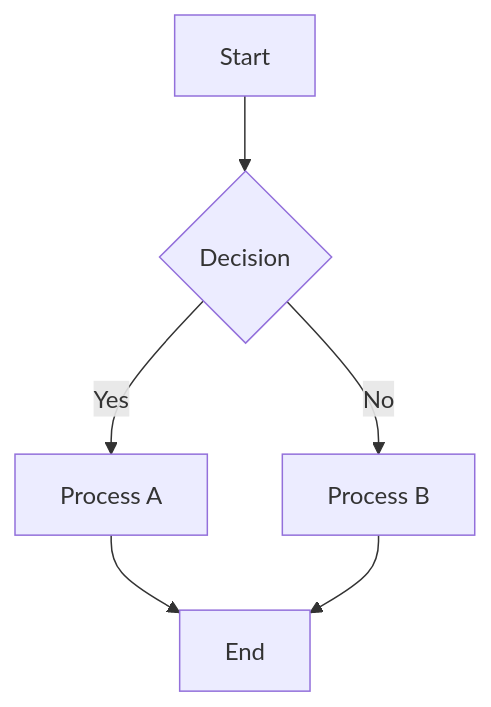
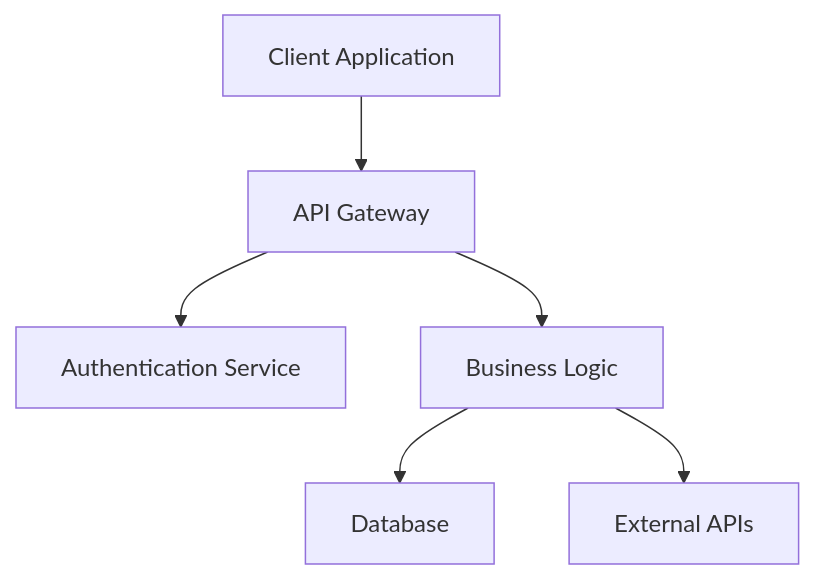
One commit to vishalm/readme2readall changed the first of 2 diagrams in README.md. Above: the diagram before and after it, drawn with Mermaid. The commit also changed other lines of this file, not shown here.

````diff
--- a/README.md
+++ b/README.md
@@ -96,8 +124,8 @@
 ```mermaid
-graph TD
-    A[Start] --> B{Decision}
-    B -->|Yes| C[Process A]
-    B -->|No| D[Process B]
-    C --> E[End]
-    D --> E
+graph TB
+    A[Client Application] --> B[API Gateway]
+    B --> C[Authentication Service]
+    B --> D[Business Logic]
+    D --> E[Database]
+    D --> F[External APIs]
 ```
````
